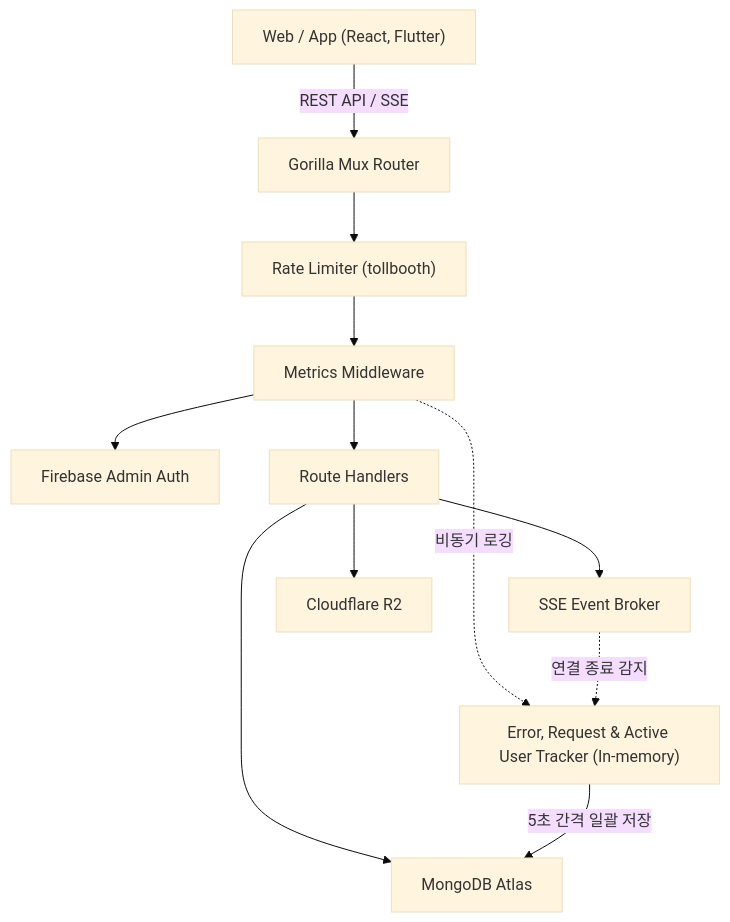
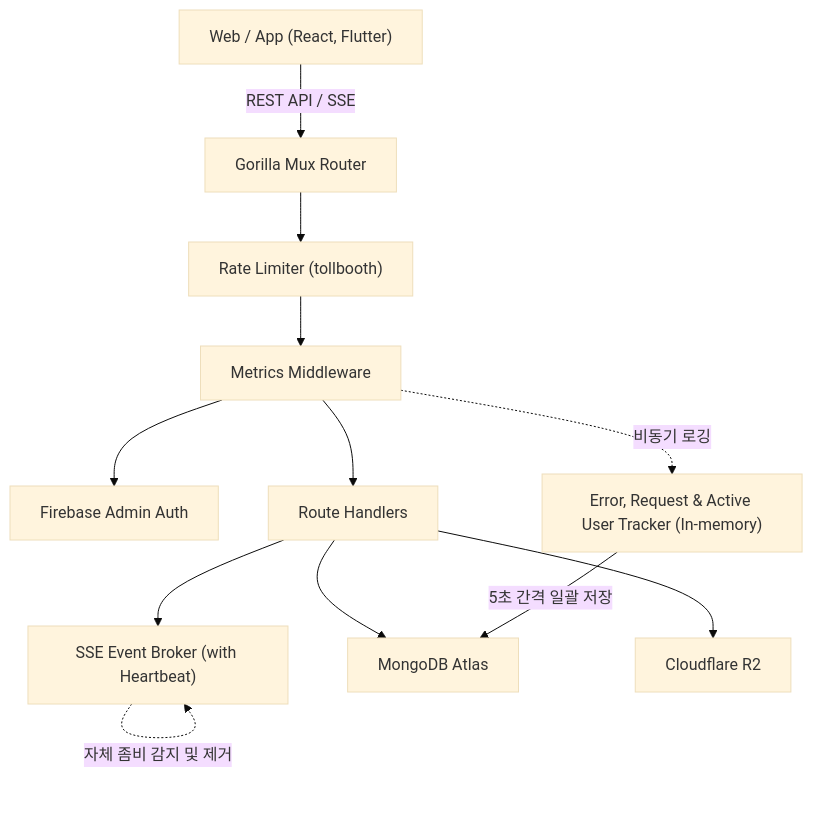
Before and after one commit to Espi8624/yoyaku_mate_server: the diagram in README.ko.md, drawn with Mermaid (base theme). The commit also changed other lines of this file and 20 other files, not shown here.

````diff
--- a/README.ko.md
+++ b/README.ko.md
@@ -65,15 +65,15 @@
 ```mermaid
 graph TD
     Client["Web / App (React, Flutter)"] -->|"REST API / SSE"| Router["Gorilla Mux Router"]
     Router --> Middleware["Rate Limiter (tollbooth)"]
     Middleware --> Metrics["Metrics Middleware"]
     Metrics --> Auth["Firebase Admin Auth"]
     Metrics --> Handlers["Route Handlers"]
-    Handlers --> Broker["SSE Event Broker"]
+    Handlers --> Broker["SSE Event Broker (with Heartbeat)"]
     Handlers --> DB["MongoDB Atlas"]
     Handlers --> Storage["Cloudflare R2"]
     
     Metrics -.->|비동기 로깅| Tracker["Error, Request & Active User Tracker (In-memory)"]
-    Broker -.->|연결 종료 감지| Tracker
     Tracker -->|5초 간격 일괄 저장| DB
+    Broker -.->|자체 좀비 감지 및 제거| Broker
 ```
````
